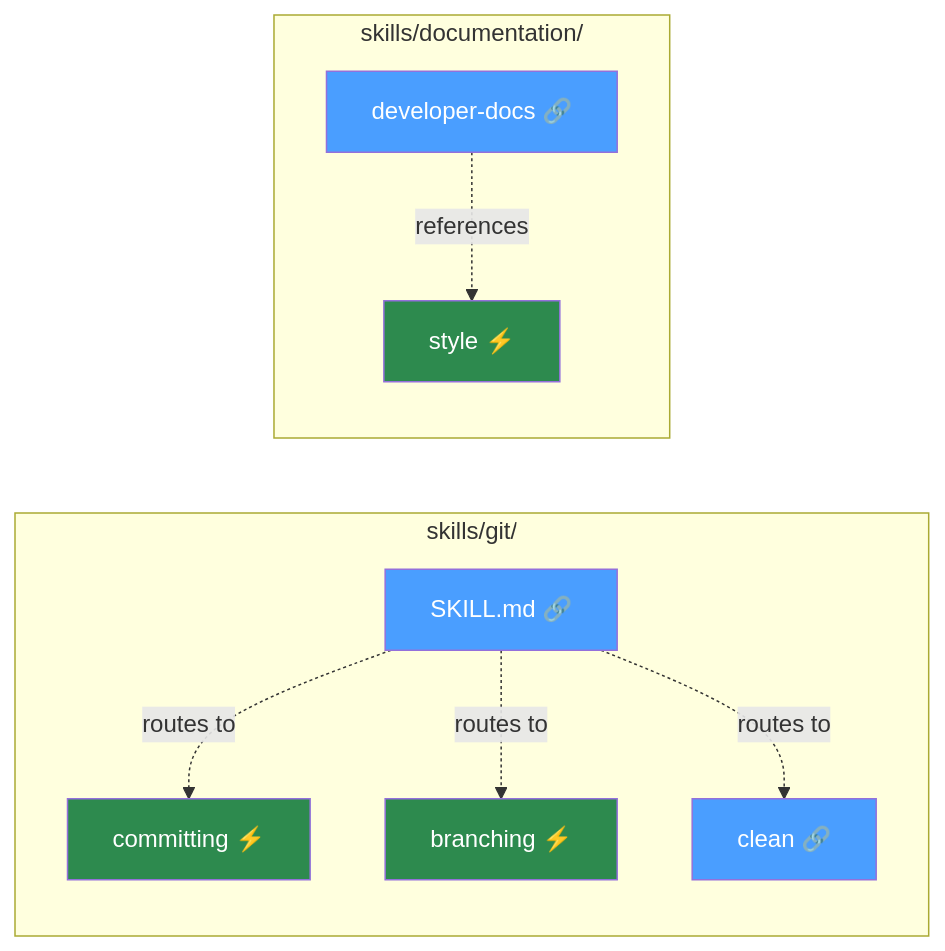
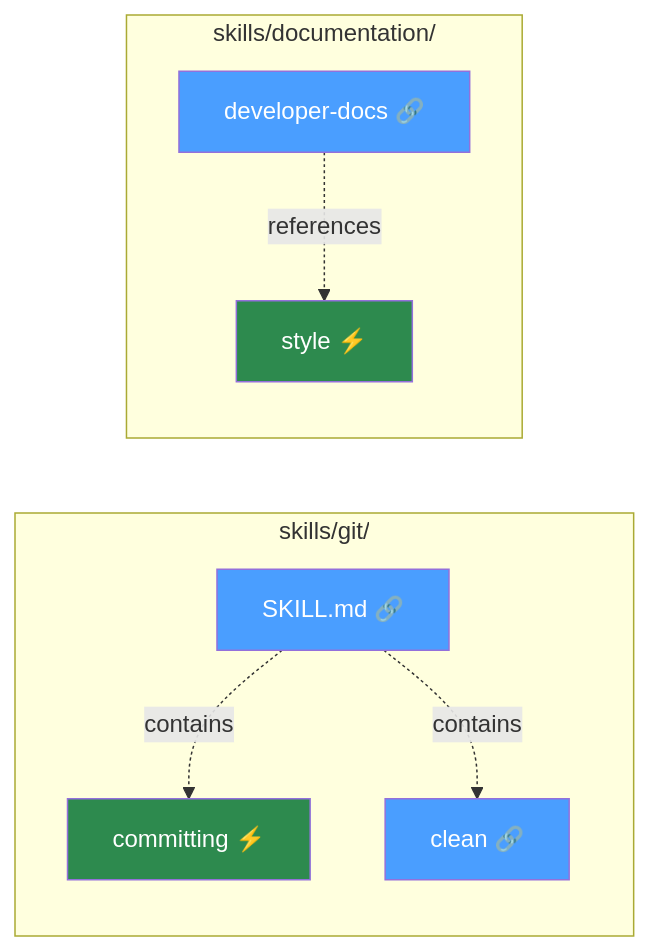
One commit to lucasilverentand/skills changed the fifth of 9 diagrams in docs/SKILL-TAXONOMY.md. Above: the diagram before and after it, drawn with Mermaid. The commit also changed other lines of this file and 79 other files, not shown here.

````diff
--- a/docs/SKILL-TAXONOMY.md
+++ b/docs/SKILL-TAXONOMY.md
@@ -170,26 +166,23 @@
 ```mermaid
 flowchart LR
   subgraph git["skills/git/"]
     A["committing ⚡"]
-    B["branching ⚡"]
     C["clean 🔗"]
     D["SKILL.md 🔗"]
   end
 
   subgraph docs["skills/documentation/"]
     E["style ⚡"]
     F["developer-docs 🔗"]
   end
 
-  D -.->|routes to| A
-  D -.->|routes to| B
-  D -.->|routes to| C
+  D -.->|contains| A
+  D -.->|contains| C
   F -.->|references| E
 
   style A fill:#2d8a4e,color:#fff
-  style B fill:#2d8a4e,color:#fff
   style E fill:#2d8a4e,color:#fff
   style C fill:#4a9eff,color:#fff
   style D fill:#4a9eff,color:#fff
   style F fill:#4a9eff,color:#fff
 ```
````
